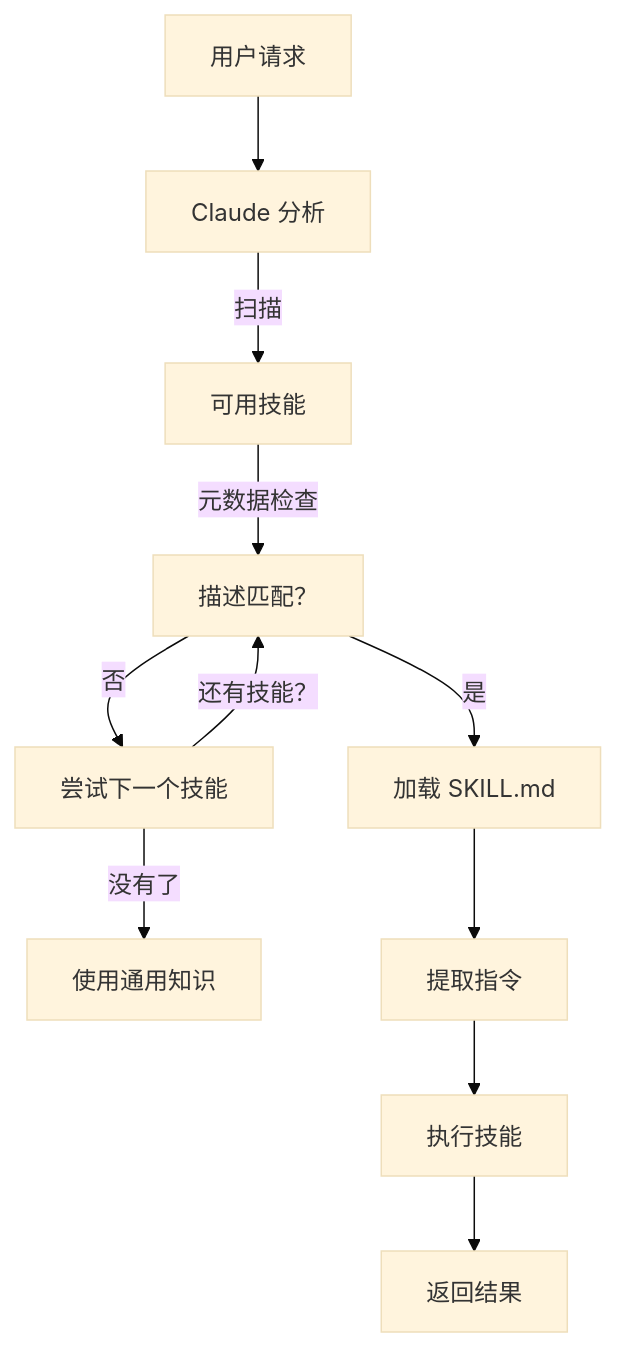
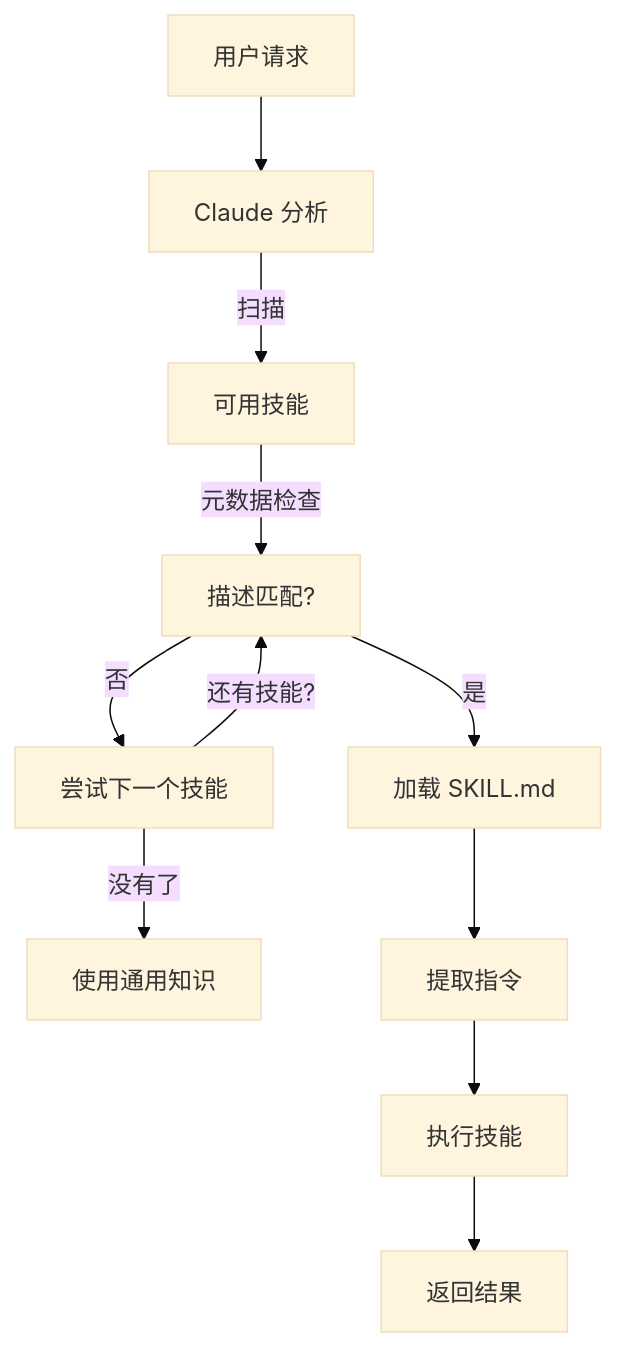
One commit to Rx782-Fss/claude-howto-zh changed diagram 20 of 31 in claude_concepts_guide.md. Above: the diagram before and after it, drawn with Mermaid (base theme). The commit also changed other lines of this file and 5 other files, not shown here.

Commit message:
fix: Mermaid 内全角括号/问号/emoji/<br/> 改为半角ASCII避免 GitHub 渲染失败

````diff
--- a/claude_concepts_guide.md
+++ b/claude_concepts_guide.md
@@ -2118,13 +2118,13 @@
 ```mermaid
 graph TD
     A["用户请求"] --> B["Claude 分析"]
     B -->|扫描| C["可用技能"]
-    C -->|元数据检查| D["描述匹配？"]
+    C -->|元数据检查| D["描述匹配?"]
     D -->|是| E["加载 SKILL.md"]
     D -->|否| F["尝试下一个技能"]
-    F -->|还有技能？| D
+    F -->|还有技能?| D
     F -->|没有了| G["使用通用知识"]
     E --> H["提取指令"]
     H --> I["执行技能"]
     I --> J["返回结果"]
 ```
````
